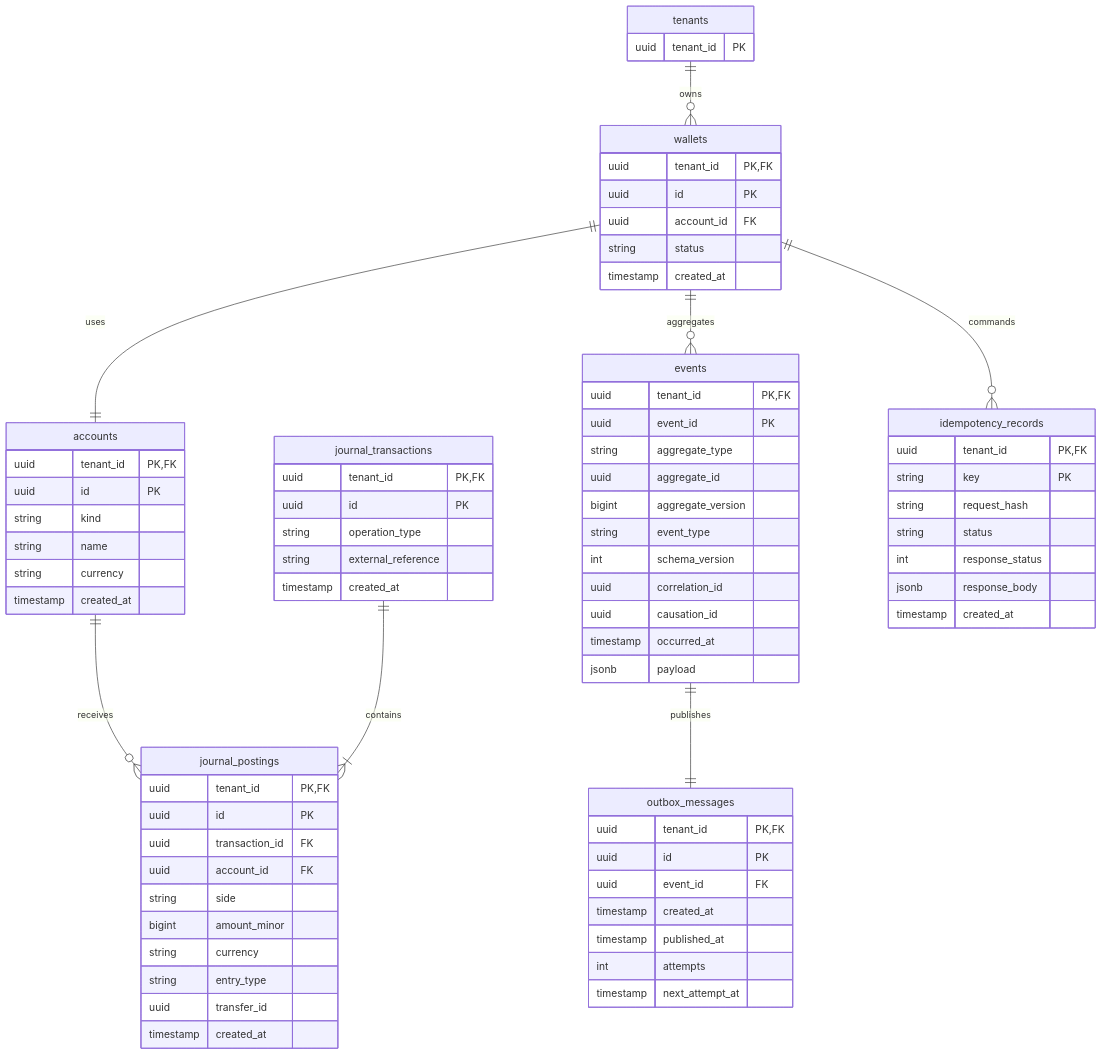
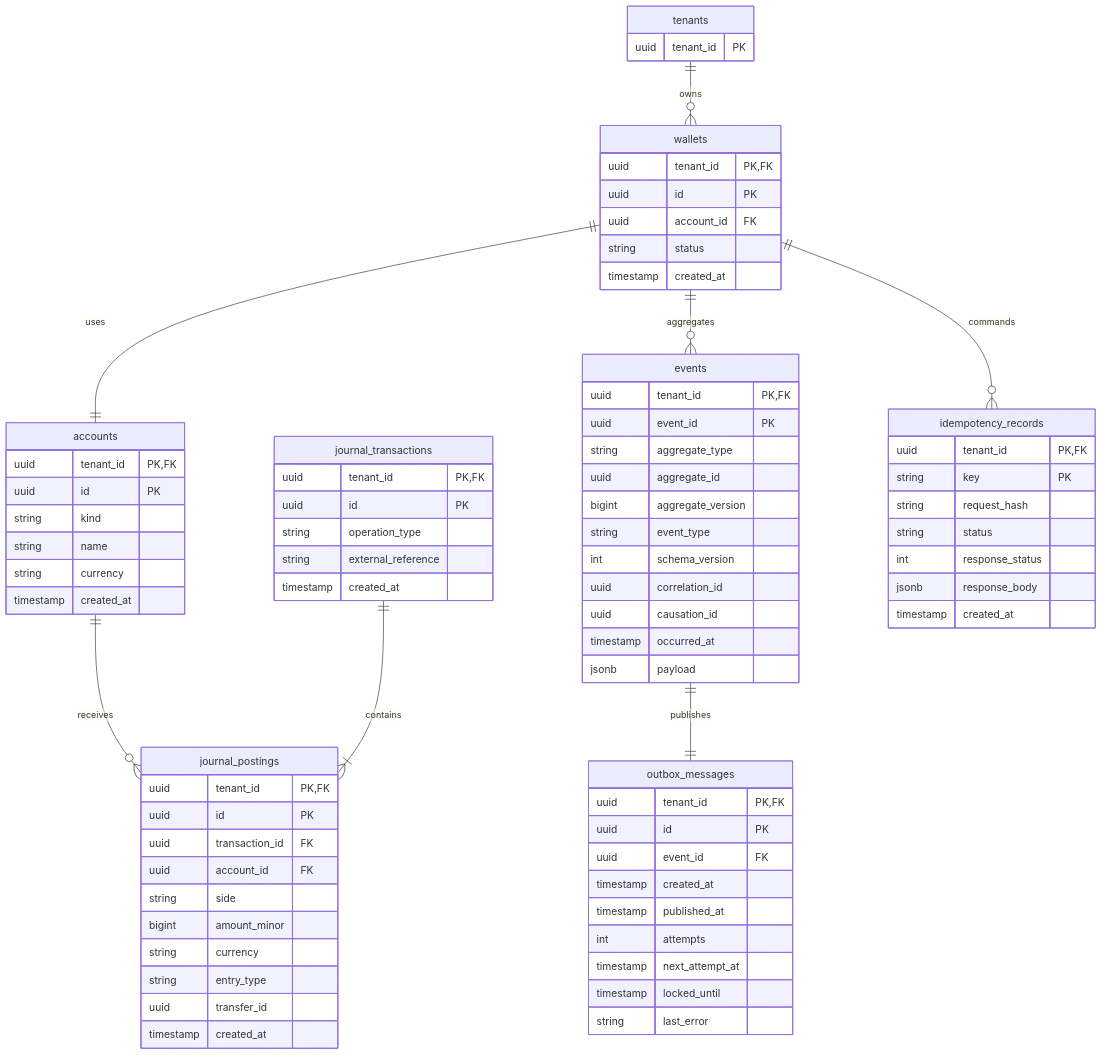
One commit to prajexec/Wallet changed the first of 4 diagrams in docs/data-model.md. Above: the diagram before and after it, drawn with Mermaid. The commit also changed other lines of this file and 6 other files, not shown here.

````diff
--- a/docs/data-model.md
+++ b/docs/data-model.md
@@ -7,79 +7,81 @@
 ```mermaid
 erDiagram
     tenants ||--o{ wallets : owns
     wallets ||--|| accounts : uses
     accounts ||--o{ journal_postings : receives
     journal_transactions ||--|{ journal_postings : contains
     wallets ||--o{ events : aggregates
     events ||--|| outbox_messages : publishes
     wallets ||--o{ idempotency_records : commands
 
     tenants {
         uuid tenant_id PK
     }
     wallets {
         uuid tenant_id PK,FK
         uuid id PK
         uuid account_id FK
         string status
         timestamp created_at
     }
     accounts {
         uuid tenant_id PK,FK
         uuid id PK
         string kind
         string name
         string currency
         timestamp created_at
     }
     journal_transactions {
         uuid tenant_id PK,FK
         uuid id PK
         string operation_type
         string external_reference
         timestamp created_at
     }
     journal_postings {
         uuid tenant_id PK,FK
         uuid id PK
         uuid transaction_id FK
         uuid account_id FK
         string side
         bigint amount_minor
         string currency
         string entry_type
         uuid transfer_id
         timestamp created_at
     }
     events {
         uuid tenant_id PK,FK
         uuid event_id PK
         string aggregate_type
         uuid aggregate_id
         bigint aggregate_version
         string event_type
         int schema_version
         uuid correlation_id
         uuid causation_id
         timestamp occurred_at
         jsonb payload
     }
     outbox_messages {
         uuid tenant_id PK,FK
         uuid id PK
         uuid event_id FK
         timestamp created_at
         timestamp published_at
         int attempts
         timestamp next_attempt_at
+        timestamp locked_until
+        string last_error
     }
     idempotency_records {
         uuid tenant_id PK,FK
         string key PK
         string request_hash
         string status
         int response_status
         jsonb response_body
         timestamp created_at
     }
 ```
````
